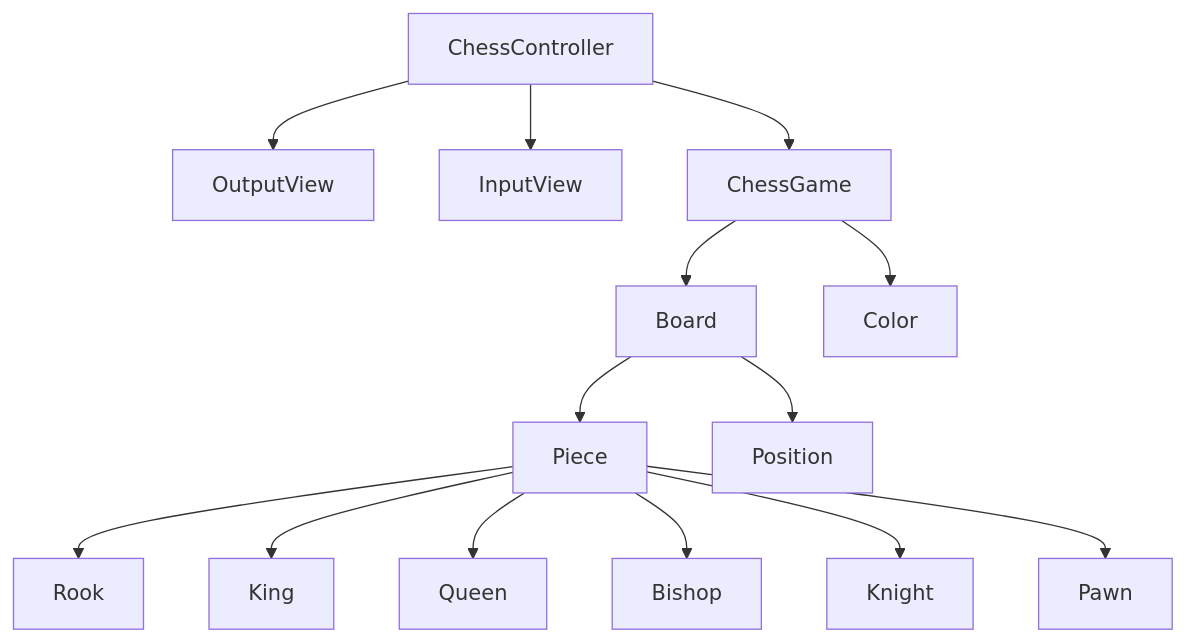
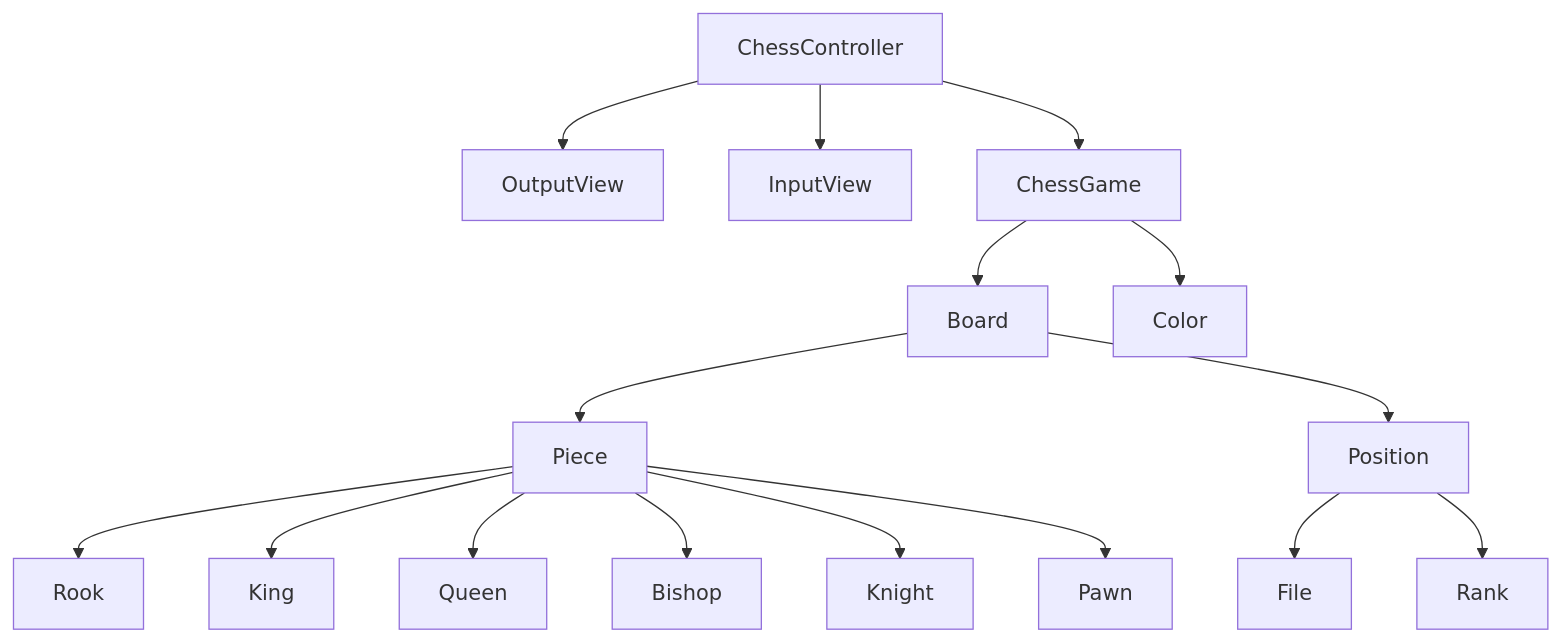
Before and after one commit to woowacourse/java-chess: the diagram in README.md, drawn with Mermaid. The commit also changed other lines of this file, not shown here.

````diff
--- a/README.md
+++ b/README.md
@@ -9,19 +9,22 @@
 ```mermaid
 graph TD
     ChessController --> OutputView
     ChessController --> InputView
     ChessController --> ChessGame
 
     ChessGame --> Board
     ChessGame --> Color
 
     Board --> Piece
     Board --> Position
 
+    Position --> File
+    Position --> Rank
+
     Piece --> Rook
     Piece --> King
     Piece --> Queen
     Piece --> Bishop
     Piece --> Knight
     Piece --> Pawn
 ```
````
